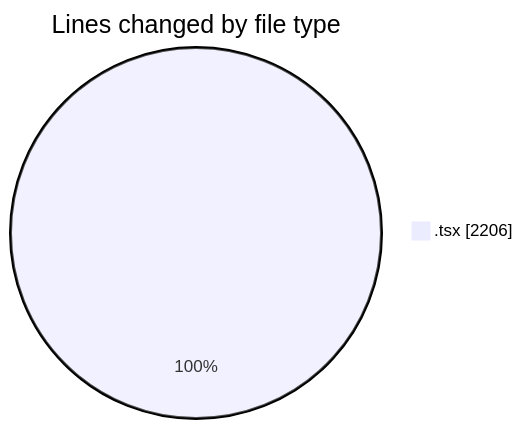
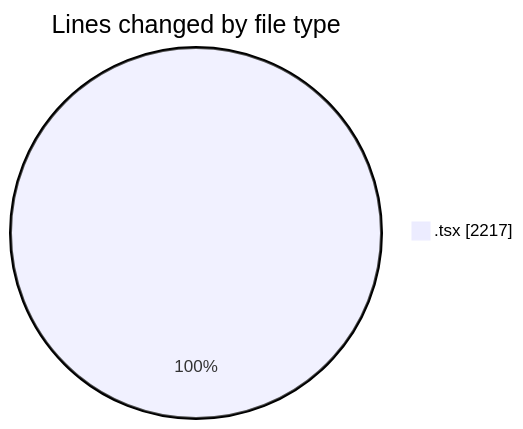
The first of 2 diagrams in 2026-02-10/nxtqube_webapp/README.md (nxtqubesakshisongat/code-tracking), drawn with Mermaid before and after one commit. The commit also changed other lines of this file and 1 other file, not shown here.

````diff
--- a/2026-02-10/nxtqube_webapp/README.md
+++ b/2026-02-10/nxtqube_webapp/README.md
@@ -21,5 +21,5 @@
 ```mermaid
 pie showData
 title Lines changed by file type
-".tsx" : 2206
+".tsx" : 2217
 ```
````
